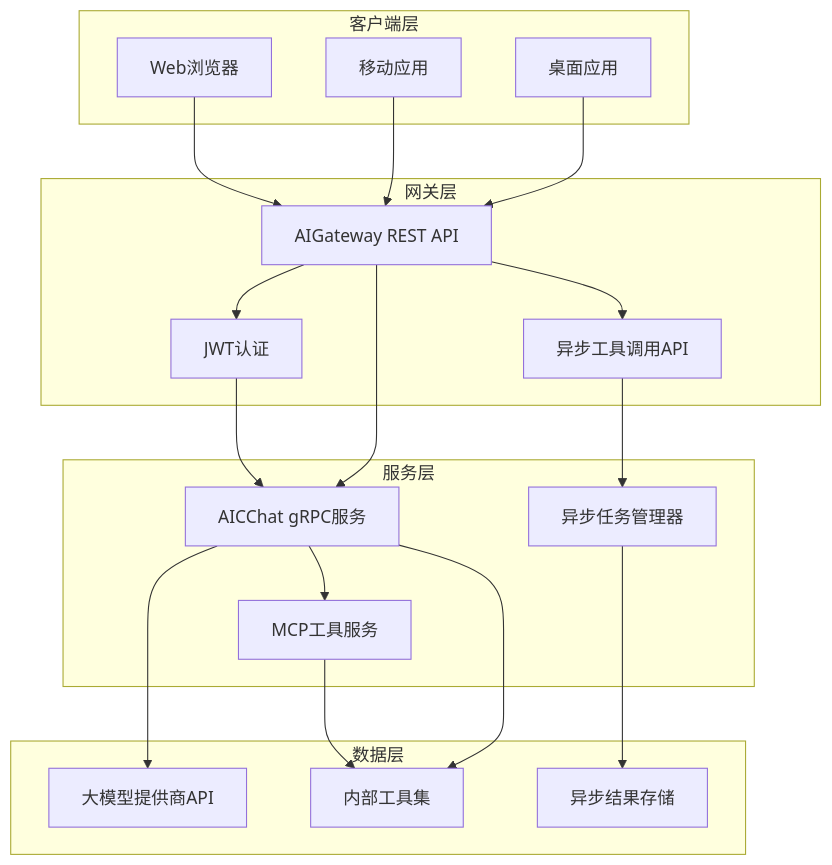
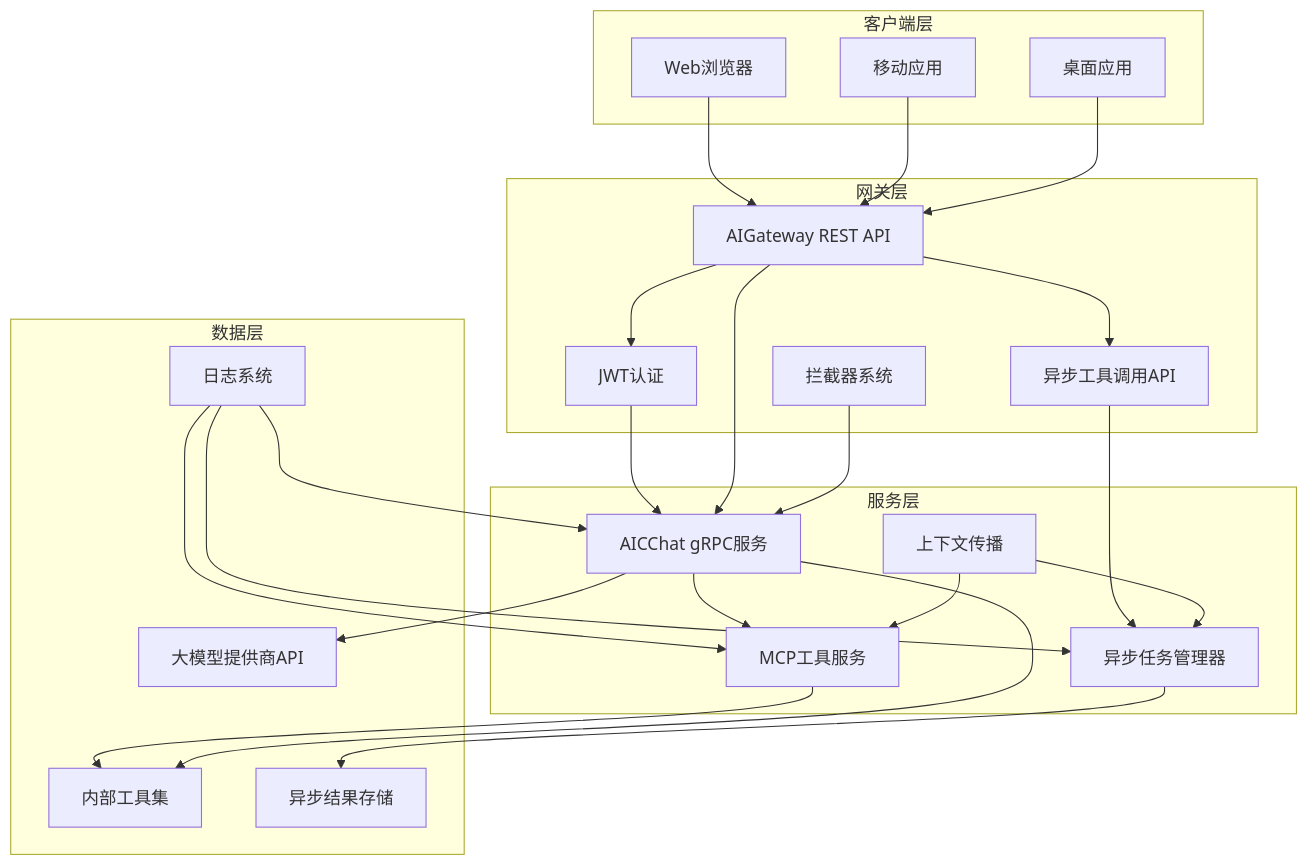
The second of 19 diagrams in .qoder/repowiki/zh/content/AI聊天服务迁移指南.md (maomao94/zero-service), drawn with Mermaid before and after one commit. The commit also changed other lines of this file and 58 other files, not shown here.

````diff
--- a/.qoder/repowiki/zh/content/AI聊天服务迁移指南.md
+++ b/.qoder/repowiki/zh/content/AI聊天服务迁移指南.md
@@ -148,36 +164,45 @@
 ```mermaid
 graph TB
 subgraph "客户端层"
 Web[Web浏览器]
 Mobile[移动应用]
 Desktop[桌面应用]
 end
 subgraph "网关层"
 Gateway[AIGateway REST API]
 Auth[JWT认证]
 AsyncAPI[异步工具调用API]
+Interceptor[拦截器系统]
 end
 subgraph "服务层"
 ChatService[AICChat gRPC服务]
 MCPService[MCP工具服务]
 AsyncMgr[异步任务管理器]
+Context[上下文传播]
 end
 subgraph "数据层"
 Providers[大模型提供商API]
 Tools[内部工具集]
 AsyncStore[异步结果存储]
+LogSystem[日志系统]
 end
 Web --> Gateway
 Mobile --> Gateway
 Desktop --> Gateway
 Gateway --> Auth
 Auth --> ChatService
 Gateway --> ChatService
 Gateway --> AsyncAPI
 AsyncAPI --> AsyncMgr
 ChatService --> MCPService
 ChatService --> Providers
 MCPService --> Tools
 AsyncMgr --> AsyncStore
 ChatService --> Tools
+Context --> MCPService
+Context --> AsyncMgr
+Interceptor --> ChatService
+LogSystem --> ChatService
+LogSystem --> MCPService
+LogSystem --> AsyncMgr
 ```
````
